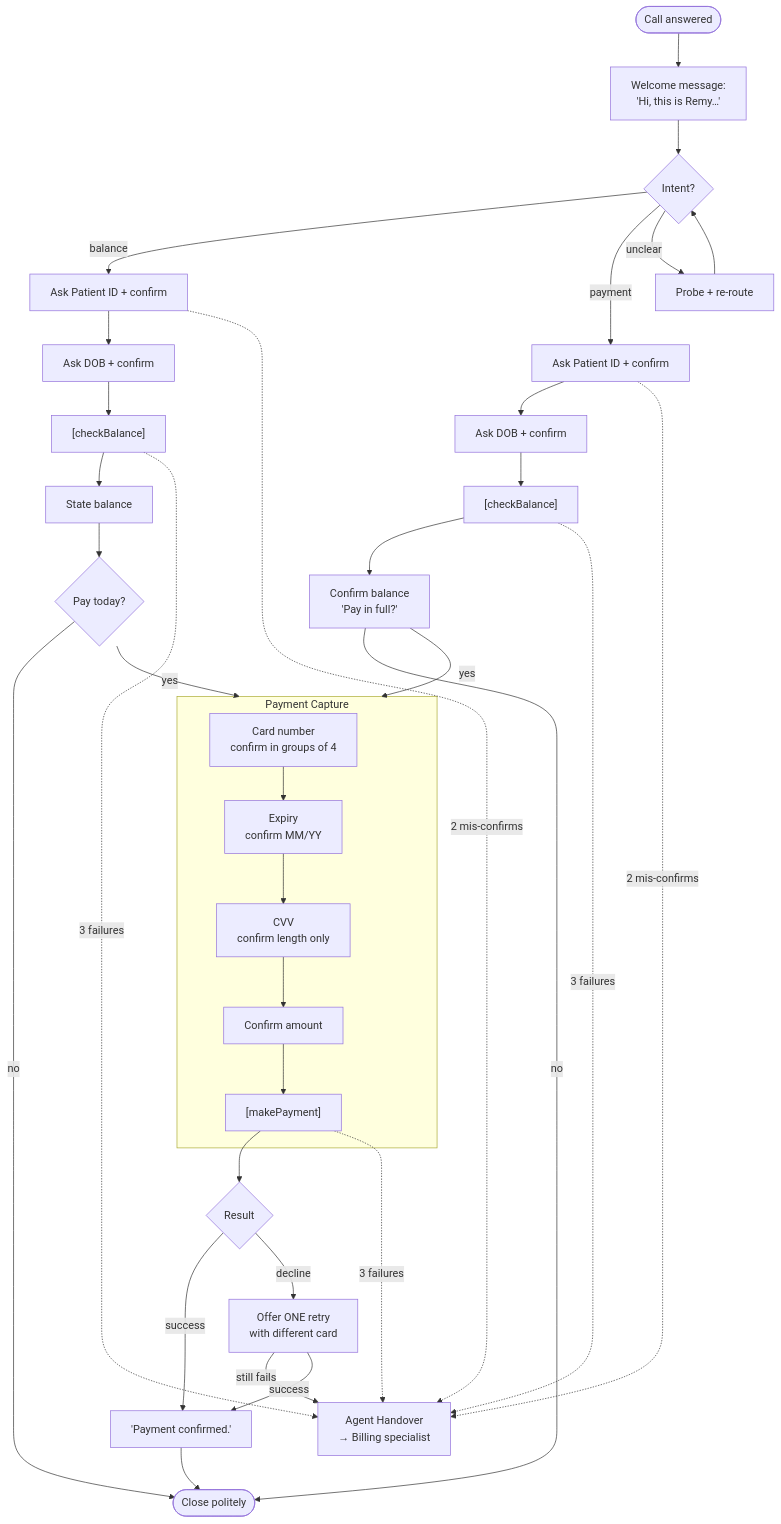
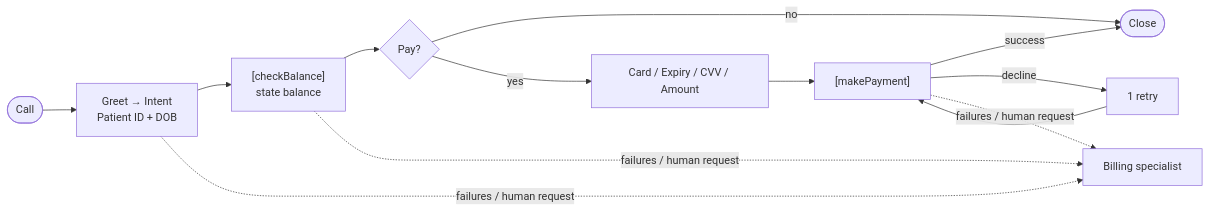
Before and after one commit to ciscoAISCG/webex-cx-ai: the second of 2 diagrams in Playbooks/Payment_AI_agent/README.md, drawn with Mermaid. The commit also changed other lines of this file and 1 other file, not shown here.

Commit message:
First Playbook push

````diff
--- a/Playbooks/Payment_AI_agent/README.md
+++ b/Playbooks/Payment_AI_agent/README.md
@@ -74,39 +74,12 @@
 ```mermaid
-flowchart TD
-    Start([Call answered]) --> Greet["Welcome message:<br/>'Hi, this is Remy…'"]
-    Greet --> Intent{"Intent?"}
-    Intent -- balance --> A1[Ask Patient ID + confirm]
-    Intent -- payment --> B1[Ask Patient ID + confirm]
-    Intent -- unclear --> C1[Probe + re-route]
-    C1 --> Intent
-
-    A1 --> A2[Ask DOB + confirm] --> A3["[checkBalance]"] --> A4["State balance"]
-    A4 --> A5{"Pay today?"}
-    A5 -- no --> Close([Close politely])
-    A5 -- yes --> Pay
-
-    B1 --> B2[Ask DOB + confirm] --> B3["[checkBalance]"] --> B4["Confirm balance<br/>'Pay in full?'"]
-    B4 -- yes --> Pay
-    B4 -- no --> Close
-
-    subgraph Pay["Payment Capture"]
-        P1[Card number<br/>confirm in groups of 4] --> P2[Expiry<br/>confirm MM/YY]
-        P2 --> P3[CVV<br/>confirm length only]
-        P3 --> P4[Confirm amount]
-        P4 --> P5["[makePayment]"]
-    end
-
-    P5 --> R{Result}
-    R -- success --> Done["'Payment confirmed.'"] --> Close
-    R -- decline --> Retry["Offer ONE retry<br/>with different card"]
-    Retry -- still fails --> Handover
-    Retry -- success --> Done
-
-    A3 -. 3 failures .-> Handover
-    B3 -. 3 failures .-> Handover
-    P5 -. 3 failures .-> Handover
-    A1 -. 2 mis-confirms .-> Handover
-    B1 -. 2 mis-confirms .-> Handover
-
-    Handover["Agent Handover<br/>→ Billing specialist"]
+flowchart LR
+    Start([Call]) --> Verify["Greet → Intent<br/>Patient ID + DOB"]
+    Verify --> CB["[checkBalance]<br/>state balance"]
+    CB --> Pay{"Pay?"}
+    Pay -- no --> Close([Close])
+    Pay -- yes --> Capture["Card / Expiry / CVV / Amount"]
+    Capture --> MP["[makePayment]"]
+    MP -- success --> Close
+    MP -- decline --> Retry["1 retry"] --> MP
+    Verify & CB & MP -. failures / human request .-> Handover["Billing specialist"]
 ```
````
